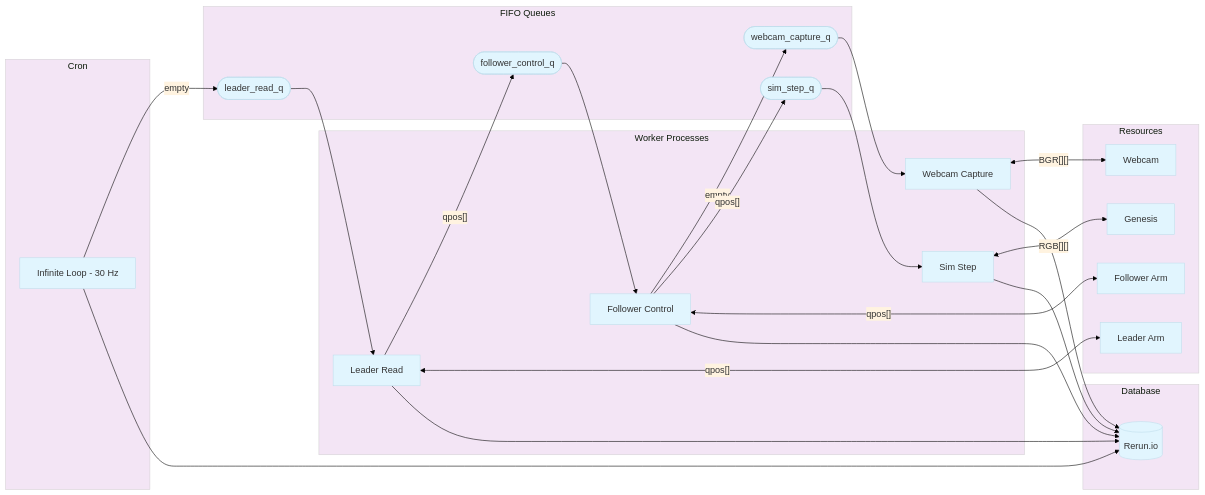
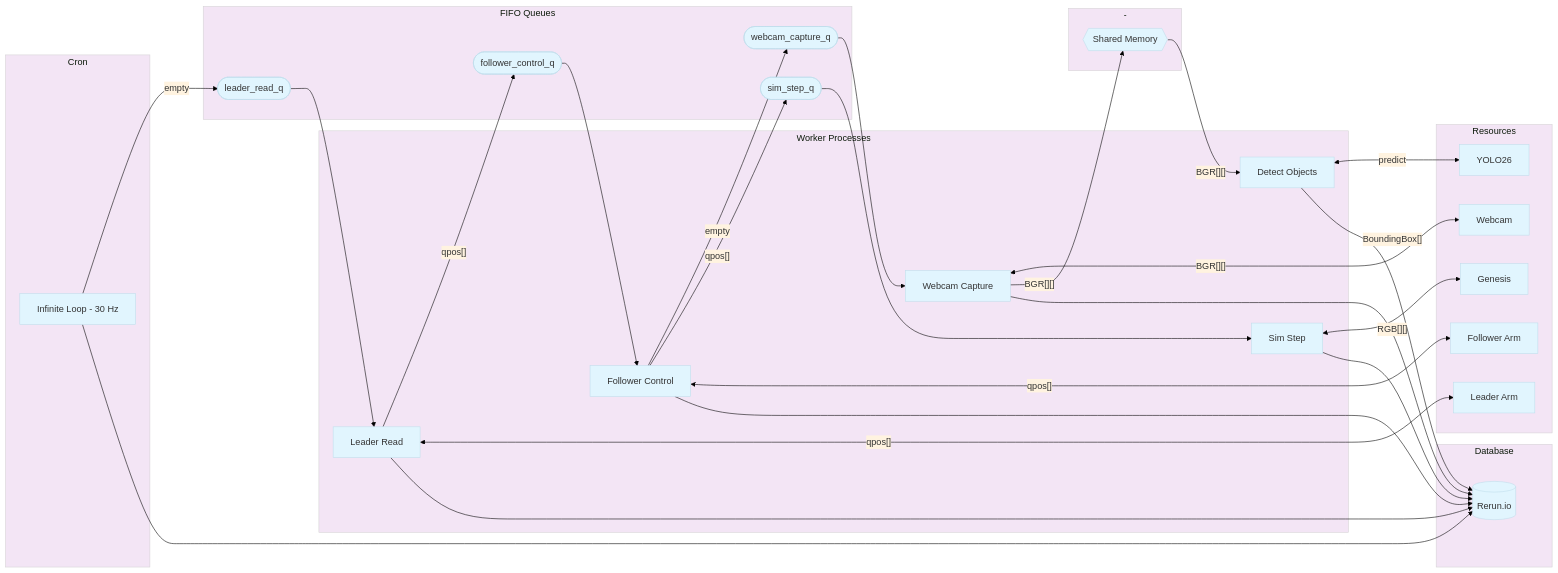
The diagram in README.md (alexis779/slobot), drawn with Mermaid before and after one commit. The commit also changed 14 other files, not shown here.

````diff
--- a/README.md
+++ b/README.md
@@ -38,52 +38,63 @@
 ```mermaid
 %%{init: {'theme': 'base', 'themeVariables': { 'background': '#ffffff', 'primaryColor': '#e1f5fe', 'secondaryColor': '#fff3e0', 'tertiaryColor': '#f3e5f5'}}}%%
 flowchart LR
     subgraph main [Cron]
         Cron["Infinite Loop - 30 Hz"]
     end
 
     subgraph resources [Resources]
         LeaderArm[Leader Arm]
         FollowerArm[Follower Arm]
         Webcam[Webcam]
         Genesis[Genesis]
+        YOLO26[YOLO26]
     end
 
     subgraph workers [Worker Processes]
         LeaderRead[Leader Read]
         FollowerControl[Follower Control]
         WebcamCapture[Webcam Capture]
+        DetectObjects[Detect Objects]
         SimStep[Sim Step]
     end
 
     subgraph fifos [FIFO Queues]
         Q1([leader_read_q])
         Q2([follower_control_q])
         Q3([sim_step_q])
         Q4([webcam_capture_q])
+    end
+
+    subgraph shm ["-"]
+        SHM{{Shared Memory}}
     end
 
     subgraph metrics [Database]
         Rerun[(Rerun.io)]
     end
 
     Cron -->|"empty"| Q1
     Q1 --> LeaderRead
     LeaderRead -->|"qpos[]"| Q2
     Q2 --> FollowerControl
     FollowerControl -->|"empty"| Q4
     Q4 --> WebcamCapture
     FollowerControl -->|"qpos[]"| Q3
     Q3 --> SimStep
 
     LeaderRead <-->|"qpos[]"| LeaderArm
     FollowerControl <-->|"qpos[]"| FollowerArm
     WebcamCapture <-->|"BGR[][]"| Webcam
     SimStep <-->|"RGB[][]"| Genesis
 
+    WebcamCapture -->|"BGR[][]"| SHM
+    SHM -->|"BGR[][]"| DetectObjects
+    DetectObjects <-->|"predict"| YOLO26
+
     Cron --> Rerun
     LeaderRead --> Rerun
     FollowerControl --> Rerun
     WebcamCapture --> Rerun
+    DetectObjects -->|"BoundingBox[]"| Rerun
     SimStep --> Rerun
 ```
````
